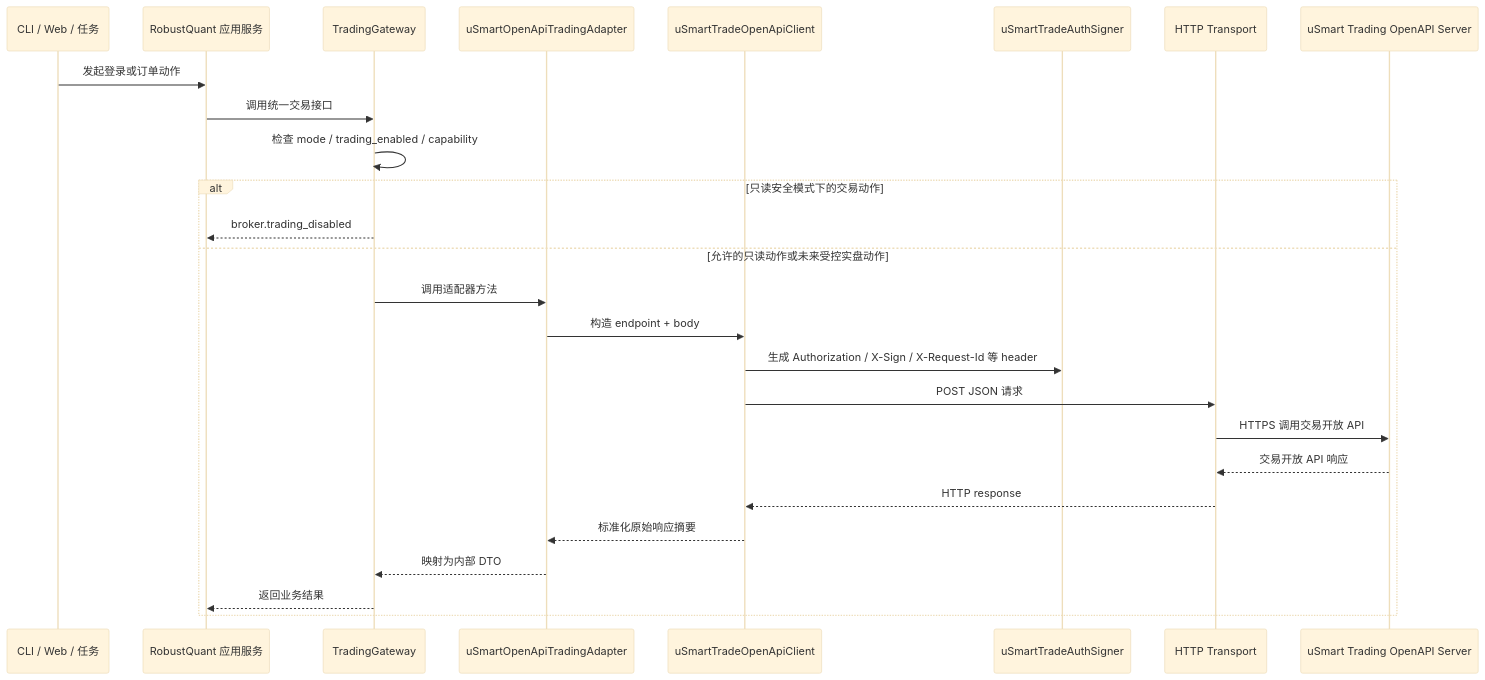
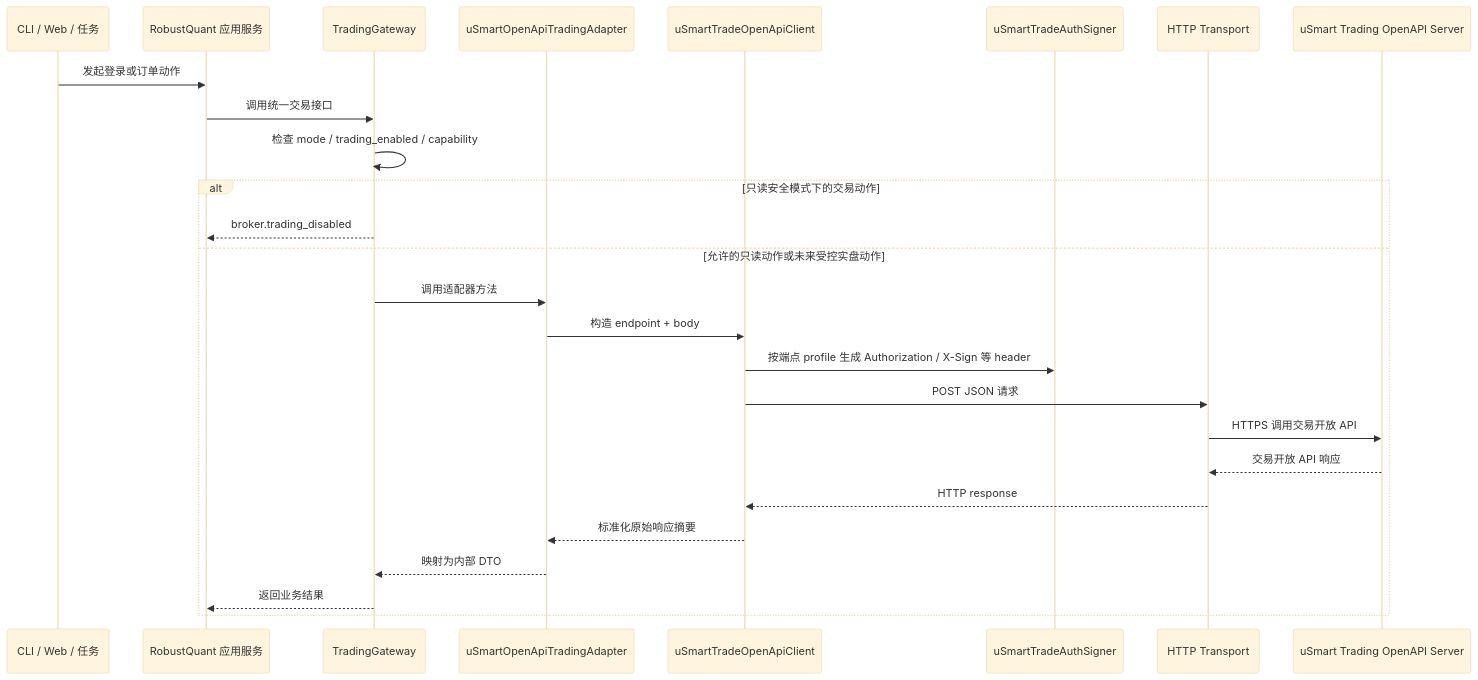
One commit to lyty1997/Augur_Maestro changed the diagram in docs/backend/clients/usmart-openapi-call-design.md. Above: the diagram before and after it, drawn with Mermaid (base theme). The commit also changed other lines of this file and 4 other files, not shown here.

Commit message:
docs: record usmart request id header policy

````diff
--- a/docs/backend/clients/usmart-openapi-call-design.md
+++ b/docs/backend/clients/usmart-openapi-call-design.md
@@ -47,29 +47,29 @@
 ```mermaid
 sequenceDiagram
     participant UI as CLI / Web / 任务
     participant App as RobustQuant 应用服务
     participant TG as TradingGateway
     participant AD as uSmartOpenApiTradingAdapter
     participant CL as uSmartTradeOpenApiClient
     participant SG as uSmartTradeAuthSigner
     participant HTTP as HTTP Transport
     participant API as uSmart Trading OpenAPI Server
 
     UI->>App: 发起登录或订单动作
     App->>TG: 调用统一交易接口
     TG->>TG: 检查 mode / trading_enabled / capability
     alt 只读安全模式下的交易动作
         TG-->>App: broker.trading_disabled
     else 允许的只读动作或未来受控实盘动作
         TG->>AD: 调用适配器方法
         AD->>CL: 构造 endpoint + body
-        CL->>SG: 生成 Authorization / X-Sign / X-Request-Id 等 header
+        CL->>SG: 按端点 profile 生成 Authorization / X-Sign 等 header
         CL->>HTTP: POST JSON 请求
         HTTP->>API: HTTPS 调用交易开放 API
         API-->>HTTP: 交易开放 API 响应
         HTTP-->>CL: HTTP response
         CL-->>AD: 标准化原始响应摘要
         AD-->>TG: 映射为内部 DTO
         TG-->>App: 返回业务结果
     end
 ```
````
